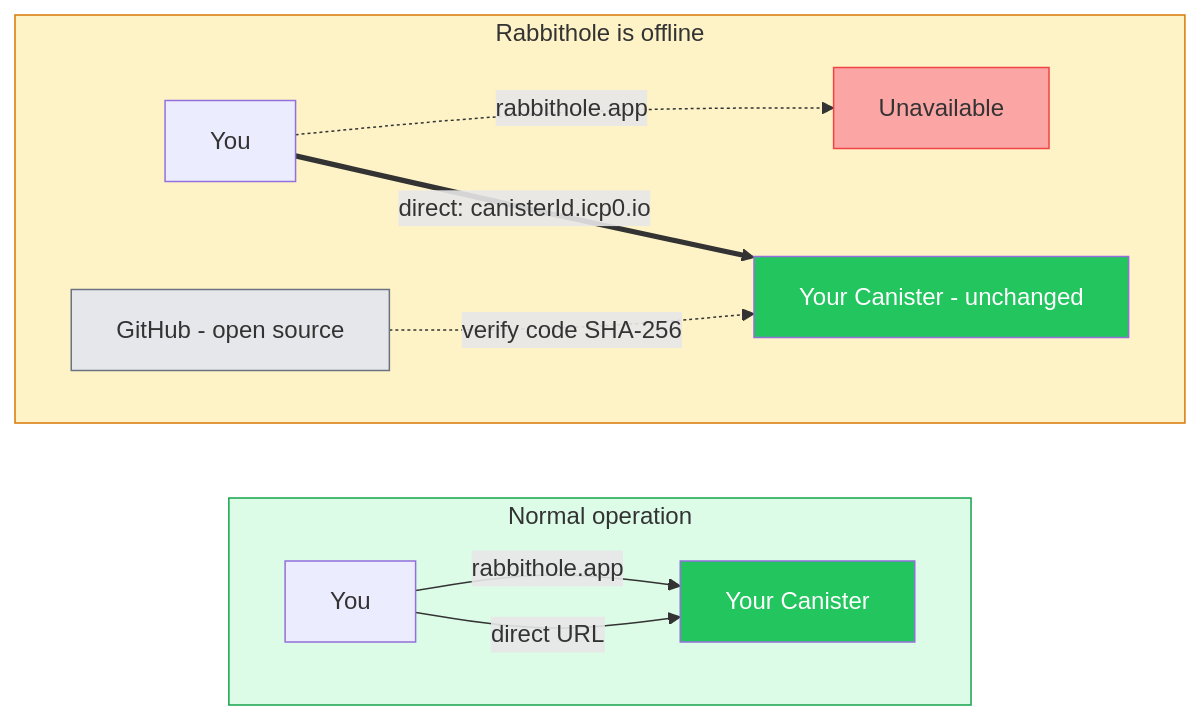
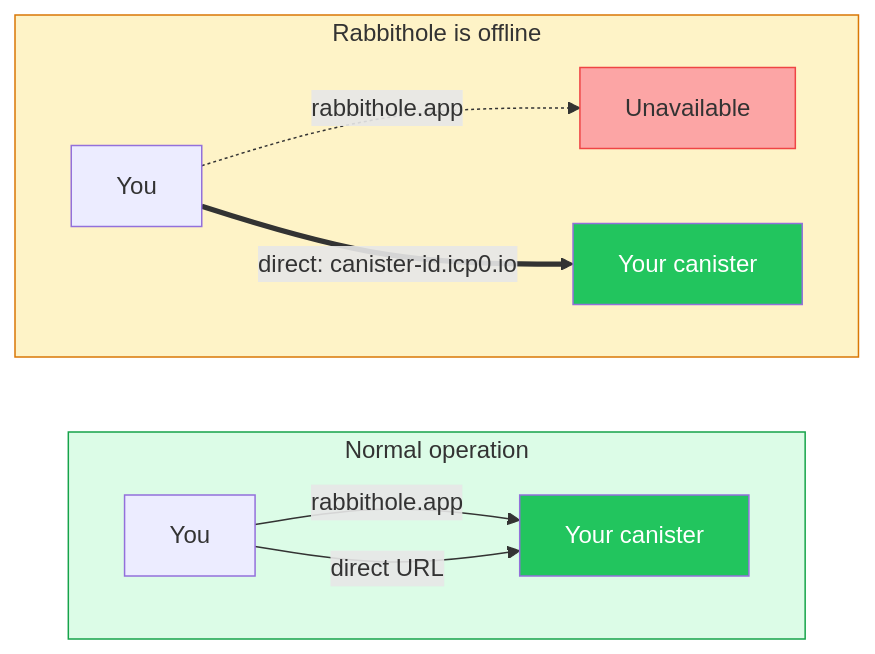
One commit to rabbithole-app/v2 changed the second of 3 diagrams in apps/docs/src/en/how-it-works/sovereignty.md. Above: the diagram before and after it, drawn with Mermaid. The commit also changed other lines of this file and 36 other files, not shown here.

````diff
--- a/apps/docs/src/en/how-it-works/sovereignty.md
+++ b/apps/docs/src/en/how-it-works/sovereignty.md
@@ -95,20 +151,18 @@
 ```mermaid
 flowchart LR
     subgraph NORMAL["Normal operation"]
         direction LR
-        U1[You] -->|rabbithole.app| C1[Your Canister]
+        U1[You] -->|rabbithole.app| C1[Your canister]
         U1 -->|direct URL| C1
     end
     subgraph GONE["Rabbithole is offline"]
         direction LR
-        U2[You] -.->|rabbithole.app| X["Unavailable"]
-        U2 ==>|"direct: canisterId.icp0.io"| C2[Your Canister - unchanged]
-        GH[GitHub - open source] -.->|verify code SHA-256| C2
+        U2[You] -.->|rabbithole.app| X[Unavailable]
+        U2 ==>|"direct: canister-id.icp0.io"| C2[Your canister]
     end
     style NORMAL fill:#dcfce7,stroke:#16a34a
     style GONE fill:#fef3c7,stroke:#d97706
     style X fill:#fca5a5,stroke:#ef4444
     style C1 fill:#22c55e,color:#fff
     style C2 fill:#22c55e,color:#fff
-    style GH fill:#e5e7eb,stroke:#6b7280
 ```
````
